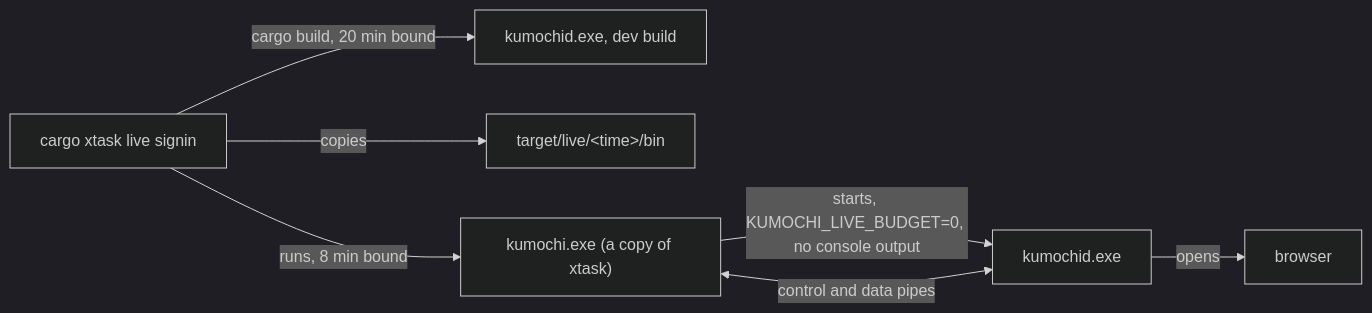
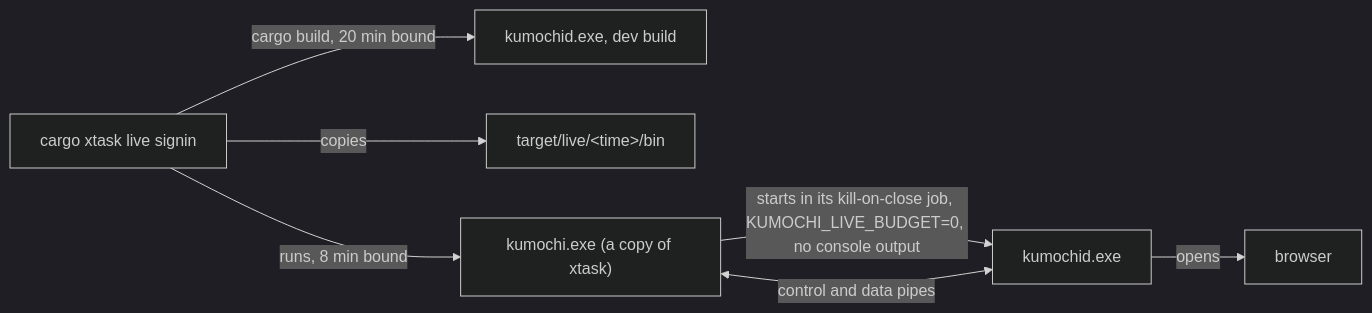
One commit to labcoder/capsula changed the diagram in docs/development/live-checks.md. Above: the diagram before and after it, drawn with Mermaid (dark theme). The commit also changed other lines of this file and 5 other files, not shown here.

Commit message:
fix(xtask): contain the live run in a job and guard both entries

````diff
--- a/docs/development/live-checks.md
+++ b/docs/development/live-checks.md
@@ -10,9 +10,9 @@
 ```mermaid
 flowchart LR
   X[cargo xtask live signin] -->|cargo build, 20 min bound| B[kumochid.exe, dev build]
   X -->|copies| F["target/live/&lt;time&gt;/bin"]
   X -->|runs, 8 min bound| C["kumochi.exe (a copy of xtask)"]
-  C -->|starts, KUMOCHI_LIVE_BUDGET=0, no console output| D[kumochid.exe]
+  C -->|starts in its kill-on-close job, KUMOCHI_LIVE_BUDGET=0, no console output| D[kumochid.exe]
   C <-->|control and data pipes| D
   D -->|opens| W[browser]
 ```
````
